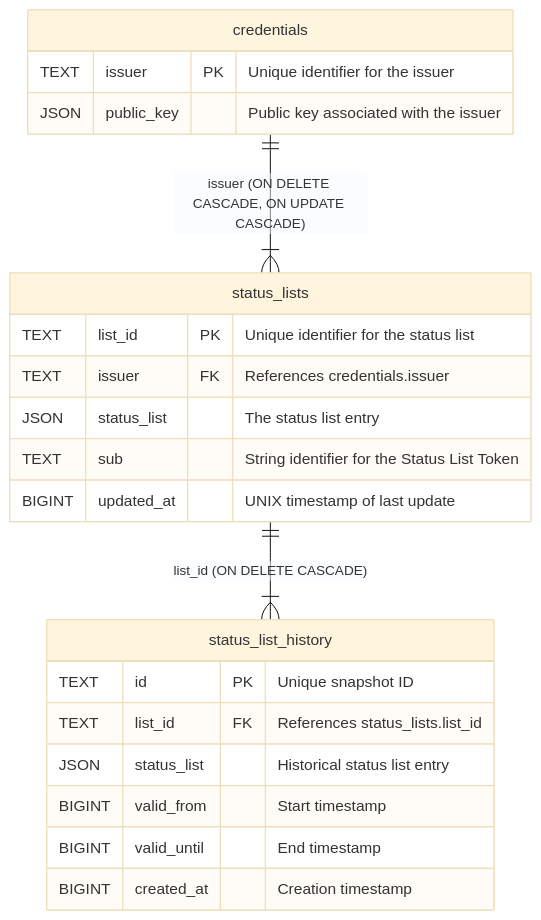
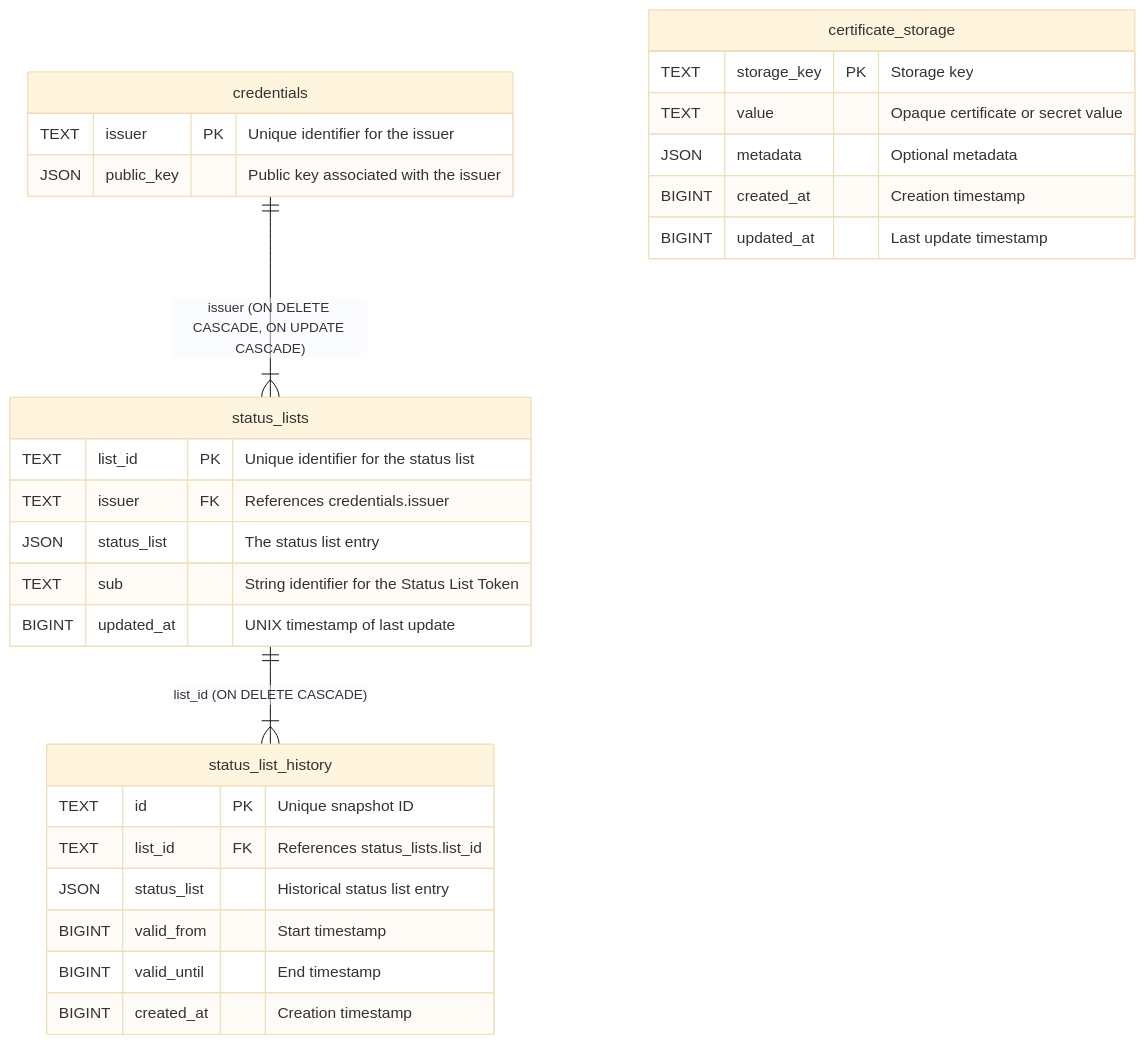
The diagram in src/outbound/sql/README.md (adorsys/status-list-server), drawn with Mermaid (base theme) before and after one commit. The commit also changed other lines of this file and 9 other files, not shown here.

Commit message:
Implement SQL-backed certificate storage for certificate management

````diff
--- a/src/outbound/sql/README.md
+++ b/src/outbound/sql/README.md
@@ -65,24 +84,31 @@
 ```mermaid
 erDiagram
     credentials {
         TEXT issuer PK "Unique identifier for the issuer"
         JSON public_key "Public key associated with the issuer"
     }
     status_lists {
         TEXT list_id PK "Unique identifier for the status list"
         TEXT issuer FK "References credentials.issuer"
         JSON status_list "The status list entry"
         TEXT sub "String identifier for the Status List Token"
         BIGINT updated_at "UNIX timestamp of last update"
     }
     status_list_history {
         TEXT id PK "Unique snapshot ID"
         TEXT list_id FK "References status_lists.list_id"
         JSON status_list "Historical status list entry"
         BIGINT valid_from "Start timestamp"
         BIGINT valid_until "End timestamp"
         BIGINT created_at "Creation timestamp"
     }
+    certificate_storage {
+        TEXT storage_key PK "Storage key"
+        TEXT value "Opaque certificate or secret value"
+        JSON metadata "Optional metadata"
+        BIGINT created_at "Creation timestamp"
+        BIGINT updated_at "Last update timestamp"
+    }
     credentials ||--|{ status_lists : "issuer (ON DELETE CASCADE, ON UPDATE CASCADE)"
     status_lists ||--|{ status_list_history : "list_id (ON DELETE CASCADE)"
 ```
````
